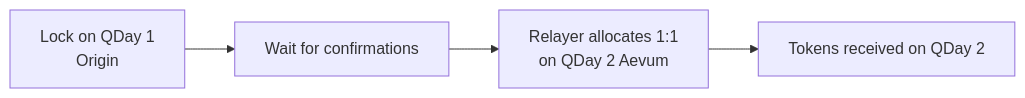
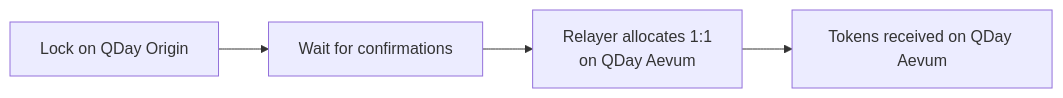
Before and after one commit to qday-io/qday-wiki: the diagram in i18n/zh-Hant/docusaurus-plugin-content-docs-knowledge/current/migration/overview.mdx, drawn with Mermaid. The commit also changed other lines of this file and 119 other files, not shown here.

First line of the commit message:
docs: rename QDay2 to QDay Aevum in wallet buttons and copy

````diff
--- a/i18n/zh-Hant/docusaurus-plugin-content-docs-knowledge/current/migration/overview.mdx
+++ b/i18n/zh-Hant/docusaurus-plugin-content-docs-knowledge/current/migration/overview.mdx
@@ -56,6 +56,6 @@
 ```mermaid
 flowchart LR
-    A["Lock on QDay 1<br/>Origin"] --> B[Wait for confirmations]
-    B --> C["Relayer allocates 1:1<br/>on QDay 2 Aevum"]
-    C --> D[Tokens received on QDay 2]
+    A["Lock on QDay Origin"] --> B[Wait for confirmations]
+    B --> C["Relayer allocates 1:1<br/>on QDay Aevum"]
+    C --> D[Tokens received on QDay Aevum]
 ```
````
